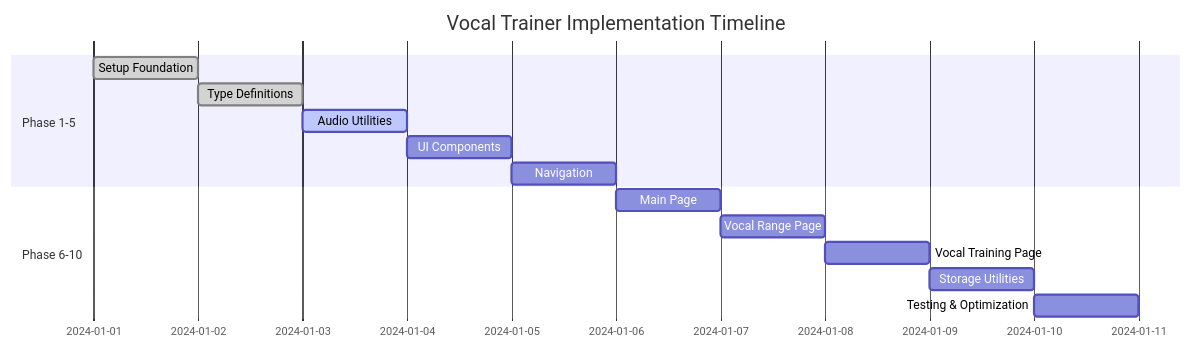
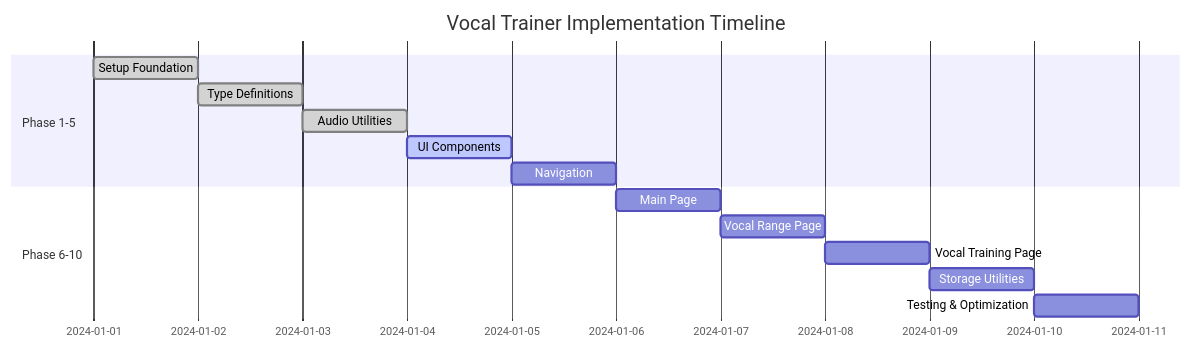
The diagram in vocal-trainer-phase-plan.md (rayinailham/vocal-trainer), drawn with Mermaid before and after one commit. The commit also changed other lines of this file and 4 other files, not shown here.

````diff
--- a/vocal-trainer-phase-plan.md
+++ b/vocal-trainer-phase-plan.md
@@ -324,18 +324,18 @@
 ```mermaid
 gantt
     title Vocal Trainer Implementation Timeline
     dateFormat  YYYY-MM-DD
     section Phase 1-5
     Setup Foundation        :done, phase1, 2024-01-01, 1d
     Type Definitions        :done, phase2, after phase1, 1d
-    Audio Utilities         :active, phase3, after phase2, 1d
-    UI Components           :phase4, after phase3, 1d
+    Audio Utilities         :done, phase3, after phase2, 1d
+    UI Components           :active, phase4, after phase3, 1d
     Navigation              :phase5, after phase4, 1d
     
     section Phase 6-10
     Main Page               :phase6, after phase5, 1d
     Vocal Range Page        :phase7, after phase6, 1d
     Vocal Training Page     :phase8, after phase7, 1d
     Storage Utilities       :phase9, after phase8, 1d
     Testing & Optimization  :phase10, after phase9, 1d
 ```
````
